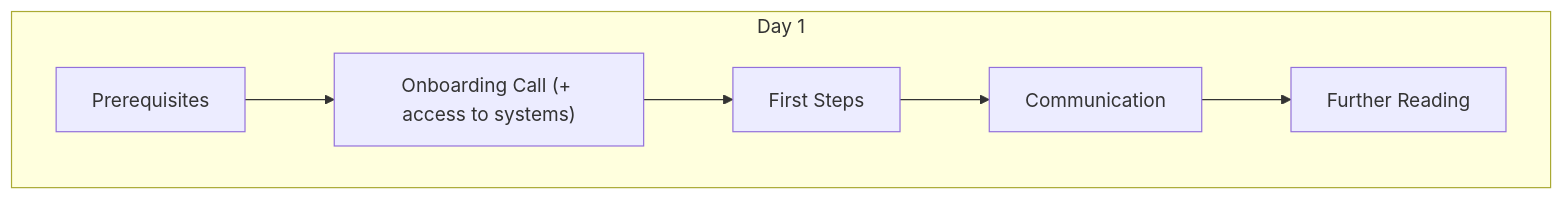
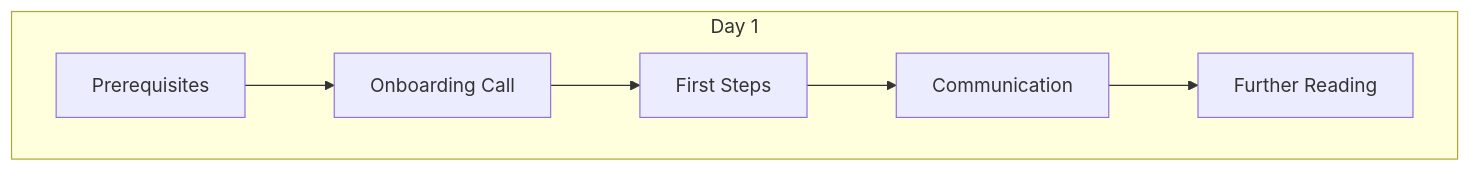
One commit to life-itself/tao changed the first of 2 diagrams in onboarding/README.md. Above: the diagram before and after it, drawn with Mermaid. The commit also changed other lines of this file, not shown here.

First line of the commit message:
[onboarding][s]: tidy quite a bit.

````diff
--- a/onboarding/README.md
+++ b/onboarding/README.md
@@ -18,16 +19,15 @@
 ```mermaid
 graph TD
 
 Prerequisites[Prerequisites]
-Onboarding["Onboarding Call (+ access to systems)"]
+Onboarding["Onboarding Call"]
 firststeps[First Steps]
 further[Further Reading]
 
 subgraph "Day 1"
   Prerequisites --> Onboarding
   Onboarding --> firststeps
- firststeps --> Communication
- Communication --> further 
- 
+  firststeps --> Communication
+  Communication --> further 
 end
 ```
````
